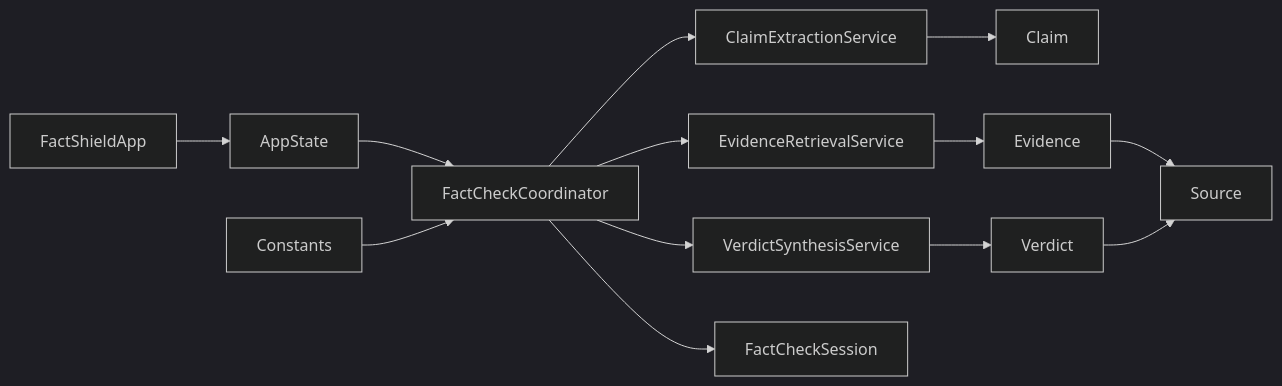
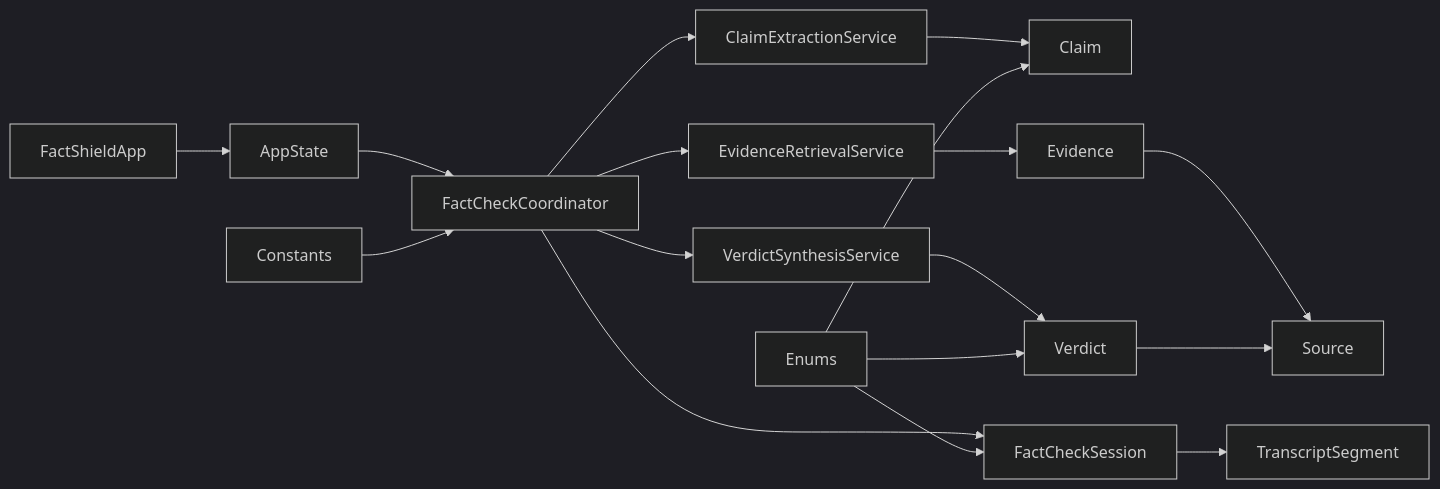
Before and after one commit to alexandreybasta-cyber/factshield-ios: the sixth of 6 diagrams in .qoder/repowiki/en/content/Data Models and State Management/Data Models and State Management.md, drawn with Mermaid (dark theme). The commit also changed other lines of this file and 97 other files, not shown here.

````diff
--- a/.qoder/repowiki/en/content/Data Models and State Management/Data Models and State Management.md
+++ b/.qoder/repowiki/en/content/Data Models and State Management/Data Models and State Management.md
@@ -408,15 +484,19 @@
 ```mermaid
 graph LR
 App["FactShieldApp"] --> State["AppState"]
 State --> Coord["FactCheckCoordinator"]
 Coord --> Extract["ClaimExtractionService"]
 Coord --> Retrieve["EvidenceRetrievalService"]
 Coord --> Synthesize["VerdictSynthesisService"]
 Extract --> ClaimModel["Claim"]
 Retrieve --> EvidenceModel["Evidence"]
 Synthesize --> VerdictModel["Verdict"]
 EvidenceModel --> SourceModel["Source"]
 VerdictModel --> SourceModel
 Coord --> SessionModel["FactCheckSession"]
+SessionModel --> TranscriptSegment["TranscriptSegment"]
 Config["Constants"] --> Coord
+Enums["Enums"] --> SessionModel
+Enums --> ClaimModel
+Enums --> VerdictModel
 ```
````
